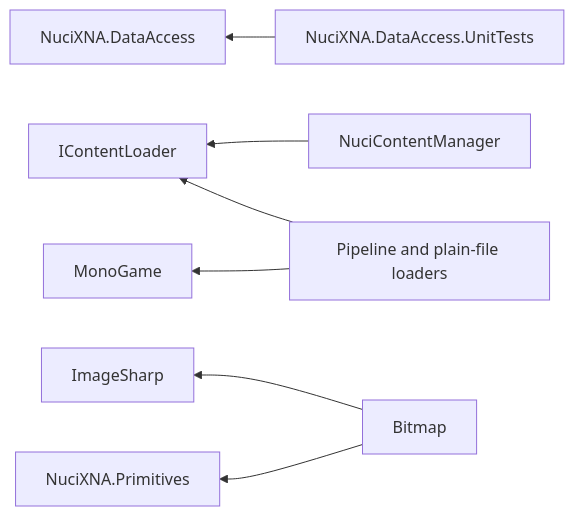
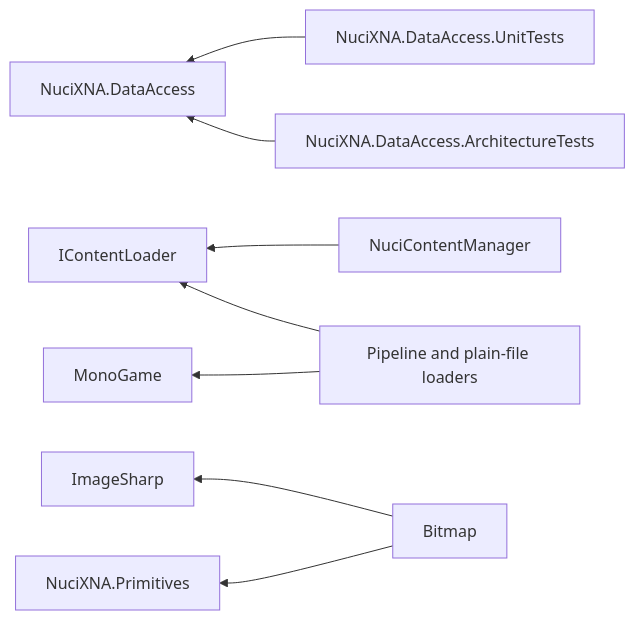
The eighth of 8 diagrams in ARCHITECTURE.md (hmlendea/nucixna.dataaccess), drawn with Mermaid before and after one commit. The commit also changed other lines of this file and 37 other files, not shown here.

Commit message:
tests: Created the architecture tests

````diff
--- a/ARCHITECTURE.md
+++ b/ARCHITECTURE.md
@@ -284,9 +283,10 @@
 ```mermaid
 flowchart RL
     Tests[NuciXNA.DataAccess.UnitTests] --> Library[NuciXNA.DataAccess]
+    ArchitectureTests[NuciXNA.DataAccess.ArchitectureTests] --> Library
     Manager[NuciContentManager] --> Contract[IContentLoader]
     Adapters[Pipeline and plain-file loaders] --> Contract
     Adapters --> MonoGame[MonoGame]
     Bitmap --> ImageSharp[ImageSharp]
     Bitmap --> Primitives[NuciXNA.Primitives]
 ```
````
